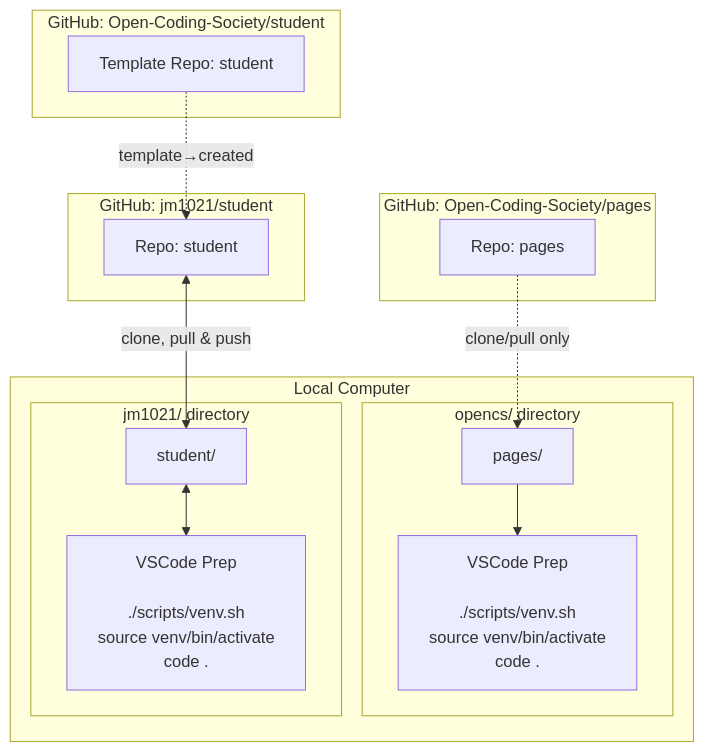
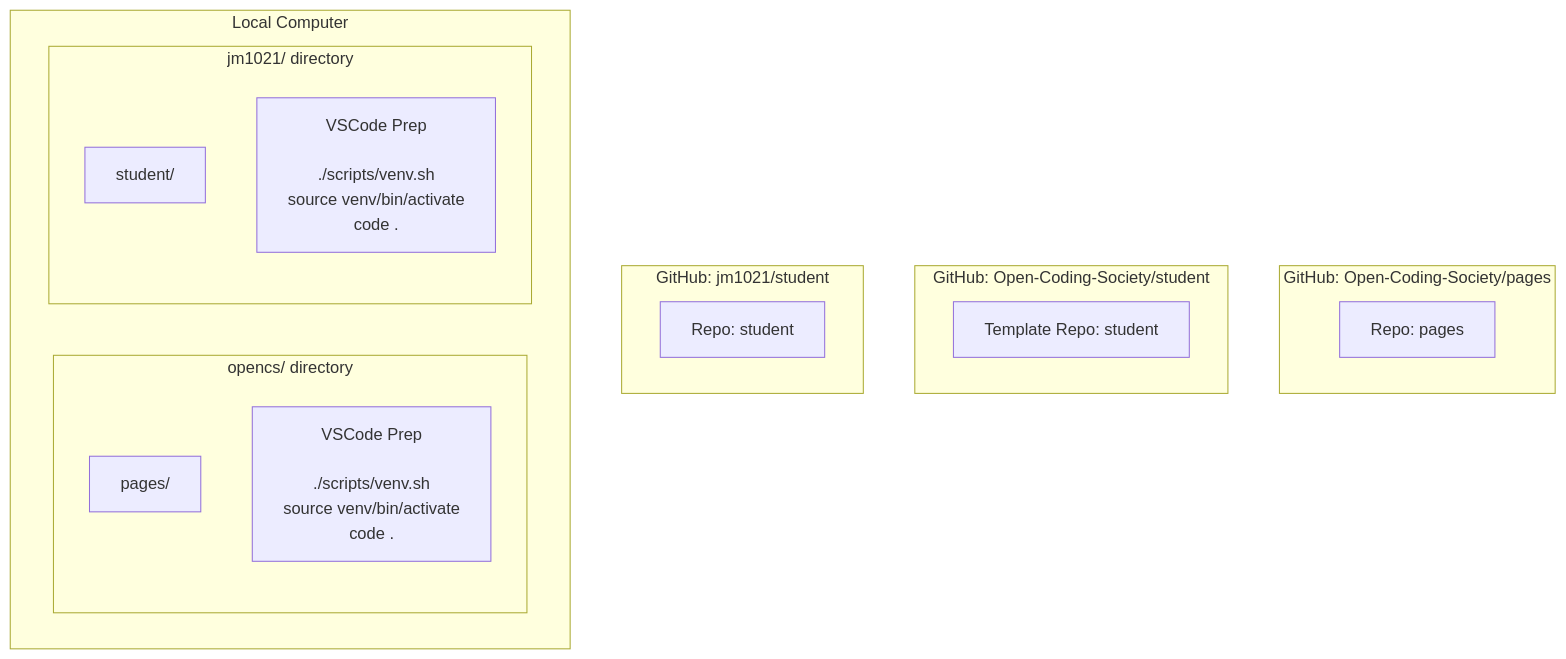
Before and after one commit to rsharma5128/student: the diagram in navigation/journey.md, drawn with Mermaid.

Commit message:
Figuring out what part of journey.md is mermaid

````diff
--- a/navigation/journey.md
+++ b/navigation/journey.md
@@ -17,39 +17,30 @@
 ```mermaid
 flowchart TD
     %% GitHub Sources
     subgraph GitHub_Pages[GitHub: Open-Coding-Society/pages]
         A[Repo: pages]:::repo
     end
 
     subgraph GitHub_Template[GitHub: Open-Coding-Society/student]
         T[Template Repo: student]:::repo
     end
 
     subgraph GitHub_Student[GitHub: jm1021/student]
         B[Repo: student]:::repo
     end
 
     %% Local Computer
     subgraph Local[Local Computer]
         subgraph opencs_dir[opencs/ directory]
             C[pages/]:::local
             Ccmd[VSCode Prep<br/><br/>./scripts/venv.sh<br/>source venv/bin/activate<br/>code .]:::cmd
         end
         subgraph user_dir[jm1021/ directory]
             D[student/]:::local
             Dcmd[VSCode Prep<br/><br/>./scripts/venv.sh<br/>source venv/bin/activate<br/>code .]:::cmd
         end
     end
 
-    %% Arrows: cloning
-    A -.->|clone/pull only| C
-    B <--> |clone, pull & push| D
-
-    %% Arrows: template relationship
-    T -.->|template→created| B
-
-    %% Arrows: commands
-    C --> Ccmd
-    D <--> Dcmd
+ 
 
 ```
````
